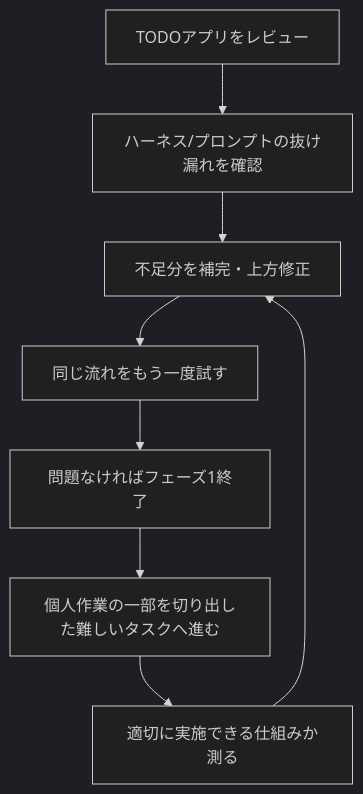
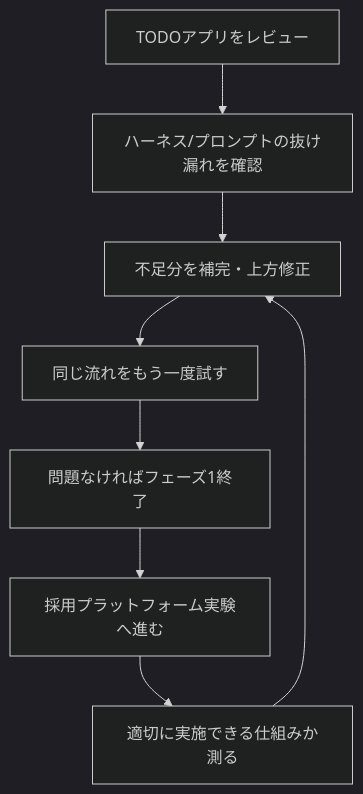
One commit to schro-cat-dev/torisetsu changed the diagram in internal_refs/ai_experiment_scopes/phase_plan/README.md. Above: the diagram before and after it, drawn with Mermaid (dark theme). The commit also changed other lines of this file and 3 other files, not shown here.

````diff
--- a/internal_refs/ai_experiment_scopes/phase_plan/README.md
+++ b/internal_refs/ai_experiment_scopes/phase_plan/README.md
@@ -9,10 +9,10 @@
 ```mermaid
 flowchart TD
   TodoReview["TODOアプリをレビュー"] --> Gap["ハーネス/プロンプトの抜け漏れを確認"]
   Gap --> Improve["不足分を補完・上方修正"]
   Improve --> Repeat["同じ流れをもう一度試す"]
   Repeat --> Phase1Done["問題なければフェーズ1終了"]
-  Phase1Done --> HarderTask["個人作業の一部を切り出した難しいタスクへ進む"]
-  HarderTask --> Measure["適切に実施できる仕組みか測る"]
+  Phase1Done --> Recruiting["採用プラットフォーム実験へ進む"]
+  Recruiting --> Measure["適切に実施できる仕組みか測る"]
   Measure --> Improve
 ```
````
